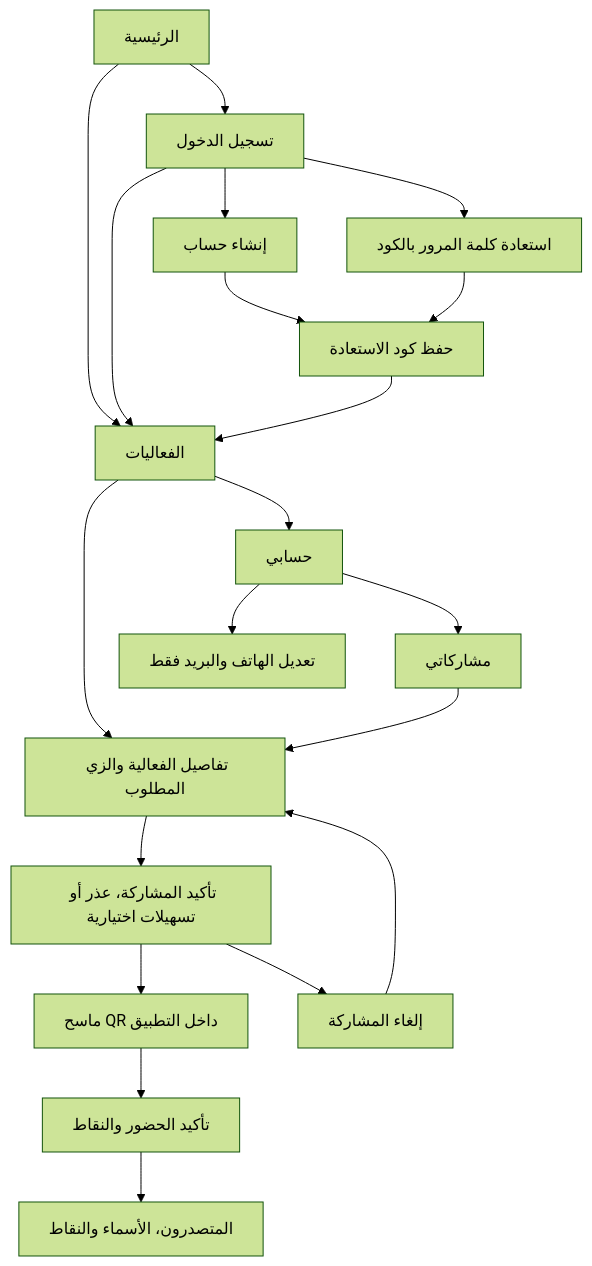
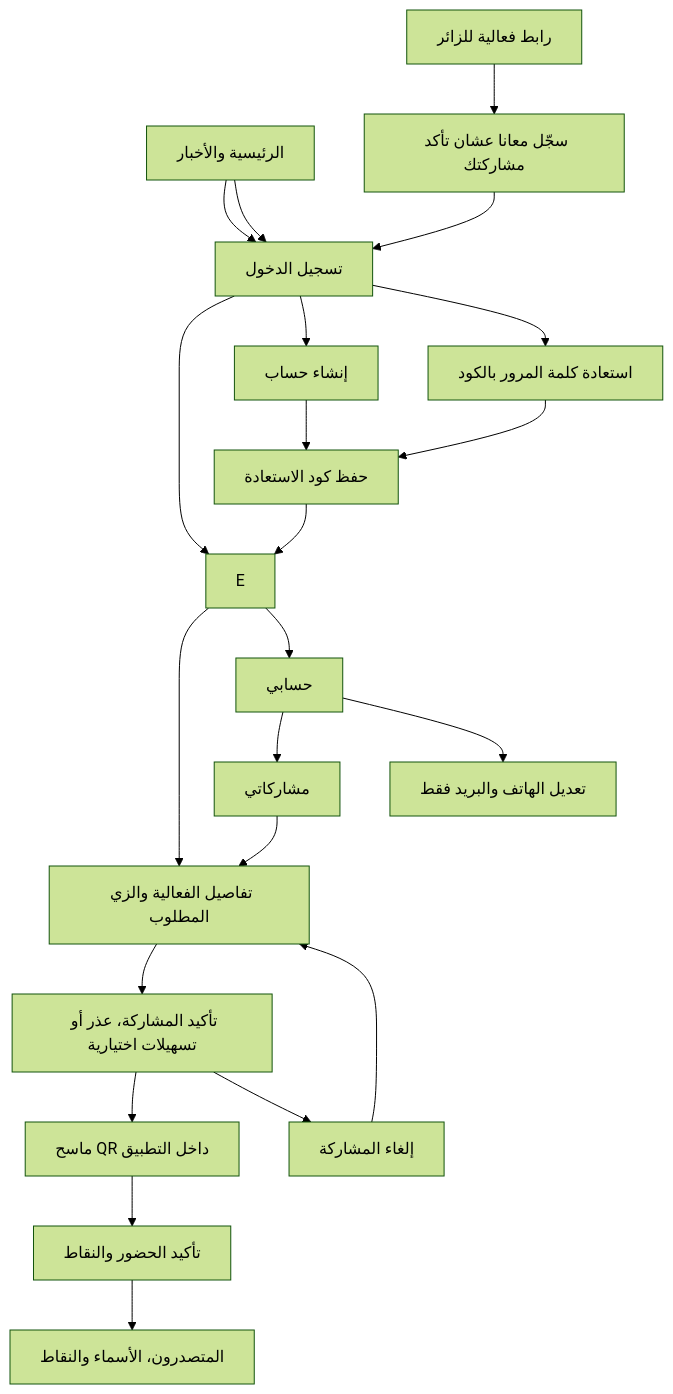
One commit to hebaintheloop/mn-agl-masr changed the first of 2 diagrams in docs/SCREEN-FLOWS.md. Above: the diagram before and after it, drawn with Mermaid (forest theme). The commit also changed other lines of this file and 24 other files, not shown here.

````diff
--- a/docs/SCREEN-FLOWS.md
+++ b/docs/SCREEN-FLOWS.md
@@ -7,22 +7,24 @@
 ```mermaid
 flowchart TD
-  H["الرئيسية"] --> E["الفعاليات"]
+  H["الرئيسية والأخبار"] --> L["تسجيل الدخول"]
+  EL["رابط فعالية للزائر"] --> G["سجّل معانا عشان تأكد مشاركتك"]
+  G --> L
   H --> L["تسجيل الدخول"]
   L --> E
   L --> S["إنشاء حساب"]
   S --> K["حفظ كود الاستعادة"]
   K --> E
   L --> R["استعادة كلمة المرور بالكود"]
   R --> K
   E --> D["تفاصيل الفعالية والزي المطلوب"]
   D --> J["تأكيد المشاركة، عذر أو تسهيلات اختيارية"]
   J --> Q["ماسح QR داخل التطبيق"]
   Q --> P["تأكيد الحضور والنقاط"]
   P --> B["المتصدرون، الأسماء والنقاط"]
   J --> C["إلغاء المشاركة"]
   C --> D
   E --> A["حسابي"]
   A --> M["مشاركاتي"]
   M --> D
   A --> U["تعديل الهاتف والبريد فقط"]
 ```
````
